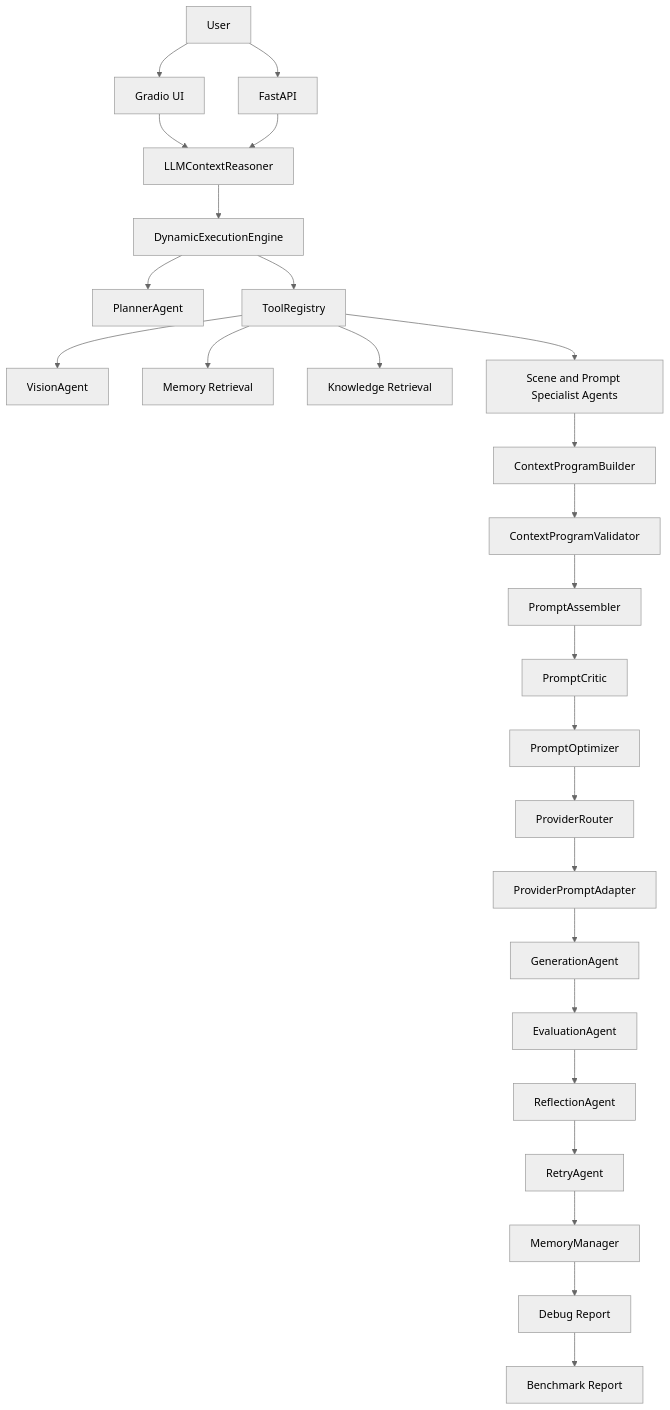
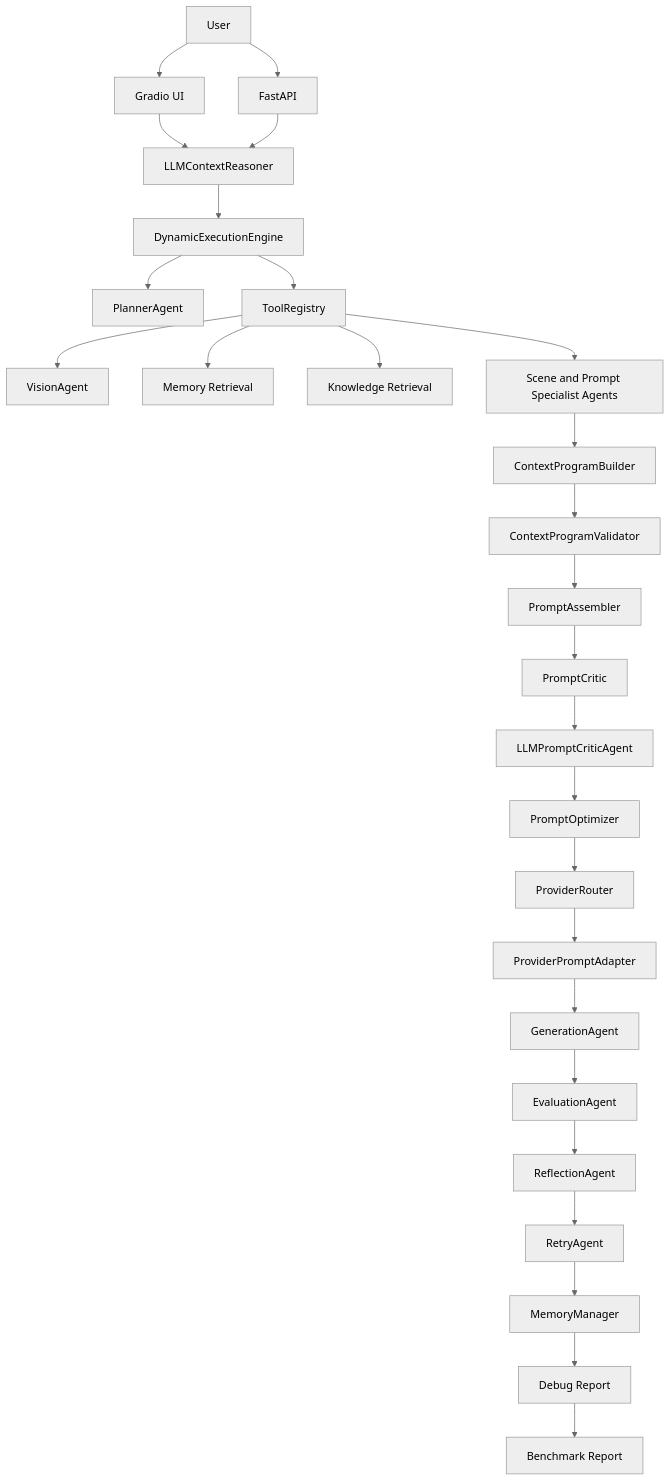
One commit to wooyybb/multimodal-ai-agent-playground changed the diagram in docs/architecture.md. Above: the diagram before and after it, drawn with Mermaid (neutral theme). The commit also changed other lines of this file and 19 other files, not shown here.

Commit message:
feat(reasoning): add LLM prompt critic interface

````diff
--- a/docs/architecture.md
+++ b/docs/architecture.md
@@ -57,28 +58,29 @@
 ```mermaid
 flowchart TD
     U[User] --> UI[Gradio UI]
     U --> API[FastAPI]
     UI --> LR[LLMContextReasoner]
     API --> LR
     LR --> E[DynamicExecutionEngine]
     E --> P[PlannerAgent]
     E --> R[ToolRegistry]
     R --> V[VisionAgent]
     R --> M1[Memory Retrieval]
     R --> K[Knowledge Retrieval]
     R --> S[Scene and Prompt Specialist Agents]
     S --> CP[ContextProgramBuilder]
     CP --> CV[ContextProgramValidator]
     CV --> PA[PromptAssembler]
     PA --> PC[PromptCritic]
-    PC --> PO[PromptOptimizer]
+    PC --> LPC[LLMPromptCriticAgent]
+    LPC --> PO[PromptOptimizer]
     PO --> PR[ProviderRouter]
     PR --> PPA[ProviderPromptAdapter]
     PPA --> G[GenerationAgent]
     G --> EV[EvaluationAgent]
     EV --> RF[ReflectionAgent]
     RF --> RT[RetryAgent]
     RT --> MM[MemoryManager]
     MM --> DR[Debug Report]
     DR --> B[Benchmark Report]
 ```
````
